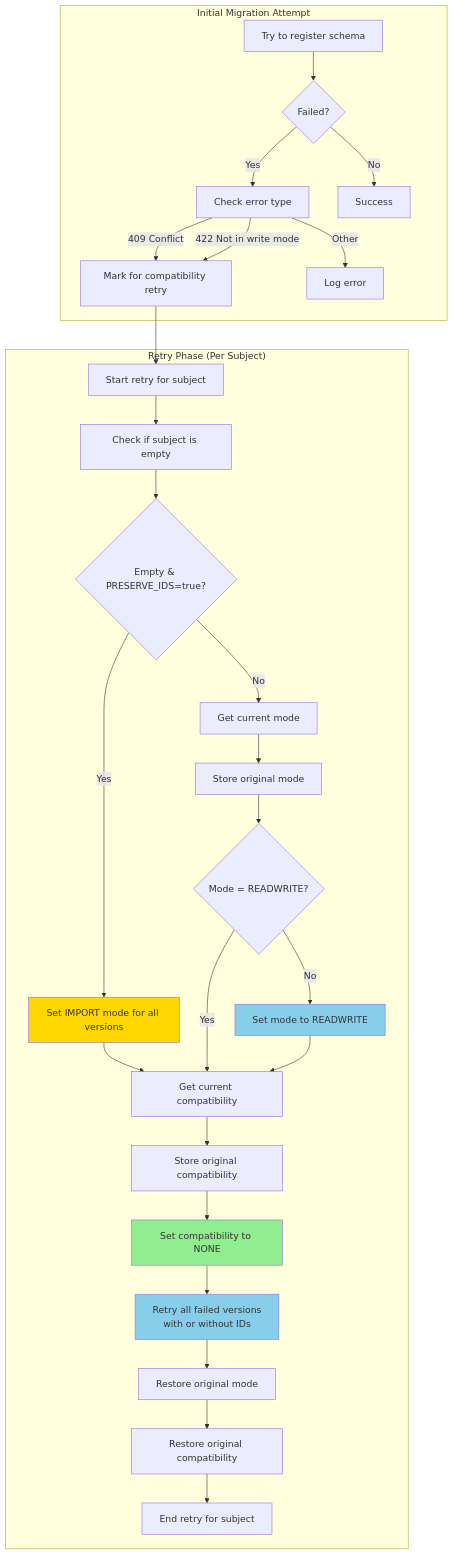
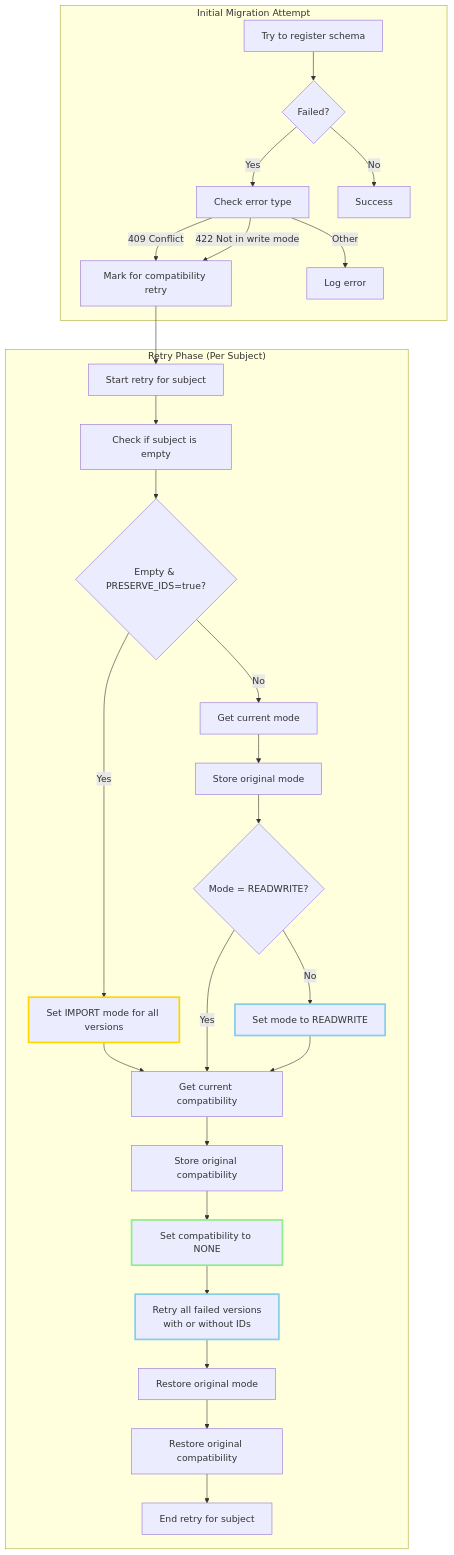
Before and after one commit to aywengo/kafka-schema-reg-migrator: diagram 17 of 19 in migration-flow.md, drawn with Mermaid. The commit also changed other lines of this file, not shown here.

First line of the commit message:
Update migration flow documentation to enhance visual clarity and consistency

````diff
--- a/migration-flow.md
+++ b/migration-flow.md
@@ -820,71 +820,71 @@
 ```mermaid
 flowchart TD
     subgraph "Initial Migration Attempt"
         Try1[Try to register schema]
         Fail1{Failed?}
         Error1[Check error type]
         
         Try1 --> Fail1
         Fail1 -->|Yes| Error1
         Fail1 -->|No| Success1[Success]
         
         Error1 -->|409 Conflict| MarkRetry[Mark for compatibility retry]
         Error1 -->|422 Not in write mode| MarkRetry
         Error1 -->|Other| LogError[Log error]
     end
     
     subgraph "Retry Phase (Per Subject)"
         StartRetry[Start retry for subject]
         
         %% ID Preservation check
         CheckEmpty[Check if subject is empty]
         CanPreserveIDs{Empty & PRESERVE_IDS=true?}
         SetImportMode[Set IMPORT mode for all versions]
         
         %% Mode handling
         CheckMode[Get current mode]
         IsReadWrite{Mode = READWRITE?}
         SetReadWrite[Set mode to READWRITE]
         StoreMode[Store original mode]
         
         %% Compatibility handling
         CheckCompat[Get current compatibility]
         SetNone[Set compatibility to NONE]
         StoreCompat[Store original compatibility]
         
         %% Retry migrations
         RetryMigrations[Retry all failed versions<br/>with or without IDs]
         
         %% Restore settings
         RestoreMode[Restore original mode]
         RestoreCompat[Restore original compatibility]
         
         %% Flow
         StartRetry --> CheckEmpty
         CheckEmpty --> CanPreserveIDs
         CanPreserveIDs -->|Yes| SetImportMode
         CanPreserveIDs -->|No| CheckMode
         SetImportMode --> CheckCompat
         
         CheckMode --> StoreMode
         StoreMode --> IsReadWrite
         IsReadWrite -->|No| SetReadWrite
         IsReadWrite -->|Yes| CheckCompat
         SetReadWrite --> CheckCompat
         
         CheckCompat --> StoreCompat
         StoreCompat --> SetNone
         SetNone --> RetryMigrations
         
         RetryMigrations --> RestoreMode
         RestoreMode --> RestoreCompat
         RestoreCompat --> EndRetry[End retry for subject]
     end
     
     MarkRetry --> StartRetry
     
-    style SetImportMode fill:#ffd700
-    style SetReadWrite fill:#87CEEB
-    style SetNone fill:#90EE90
-    style RetryMigrations fill:#87CEEB
+    style SetImportMode stroke:#ffd700,stroke-width:3px
+    style SetReadWrite stroke:#87CEEB,stroke-width:3px
+    style SetNone stroke:#90EE90,stroke-width:3px
+    style RetryMigrations stroke:#87CEEB,stroke-width:3px
 ```
````
